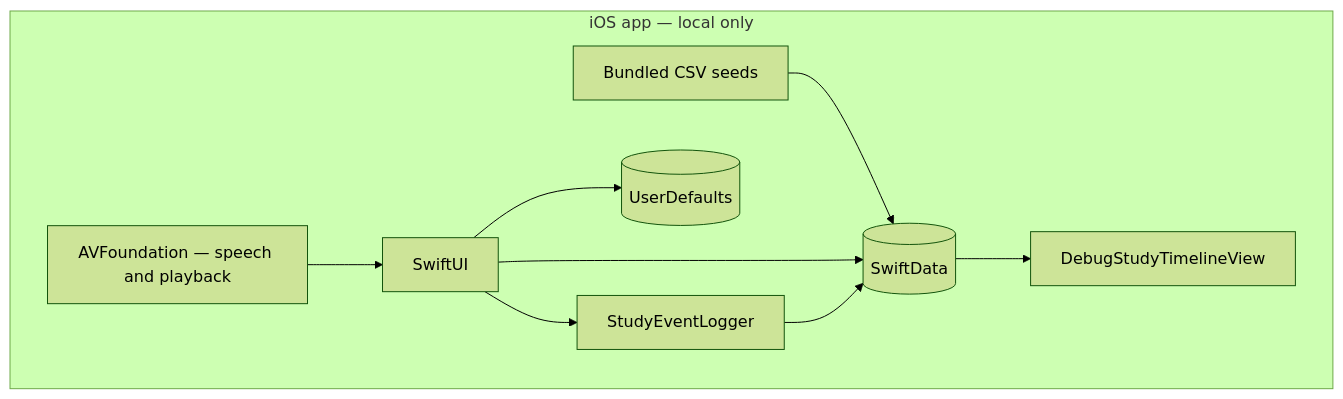
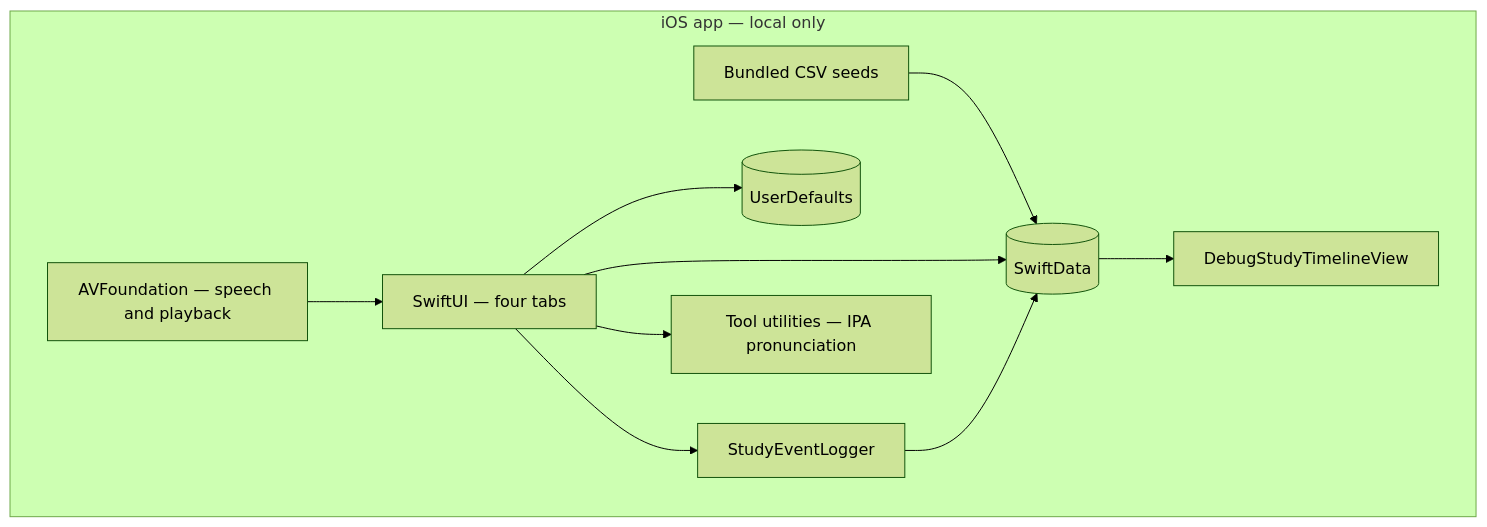
The first of 2 diagrams in README.md (GroovyGG/motifly), drawn with Mermaid (forest theme) before and after one commit. The commit also changed other lines of this file and 1 other file, not shown here.

````diff
--- a/README.md
+++ b/README.md
@@ -55,19 +69,21 @@
 ```mermaid
 flowchart TB
   subgraph ios [iOS app — local only]
-    UI[SwiftUI]
+    UI[SwiftUI — four tabs]
+    Tools[Tool utilities — IPA pronunciation]
     SD[(SwiftData)]
     UD[(UserDefaults)]
     Seed[Bundled CSV seeds]
     AV[AVFoundation — speech and playback]
     Logger[StudyEventLogger]
     DebugUI[DebugStudyTimelineView]
   end
   Seed --> SD
   UI --> SD
   UI --> UD
   UI --> Logger
+  UI --> Tools
   Logger --> SD
   SD --> DebugUI
   AV --> UI
 ```
````
